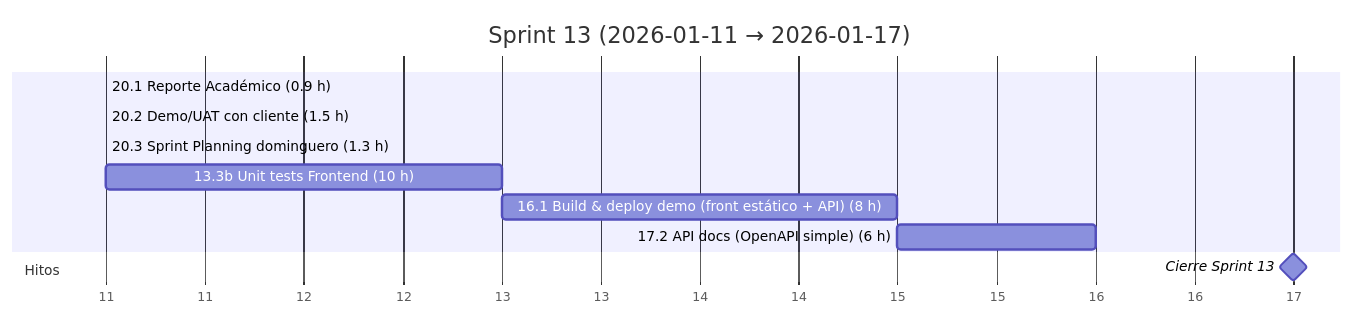
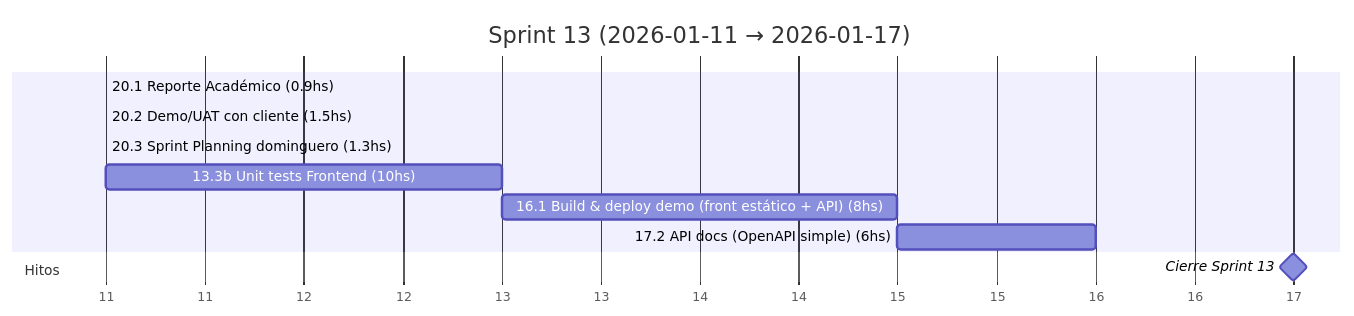
Before and after one commit to MarkMed/FleetMan: diagram 14 of 17 in docs/SprintsGantts.md, drawn with Mermaid. The commit also changed other lines of this file, not shown here.

Commit message:
Update Gantt chart documentation to standardize time format from hours to hours (hs)

````diff
--- a/docs/SprintsGantts.md
+++ b/docs/SprintsGantts.md
@@ -342,18 +341,18 @@
 ```mermaid
 gantt
   title Sprint 13 (2026-01-11 → 2026-01-17)
   dateFormat  YYYY-MM-DD
   axisFormat  %d
 
   %% Asumimos 5 h/día. Horas estimadas incluidas en el nombre.
 
-  20.1 Reporte Académico (0.9 h)               :t201, 2026-01-11, 0.2d
-  20.2 Demo/UAT con cliente (1.5 h)            :t202, after t201, 0.3d
-  20.3 Sprint Planning dominguero (1.3 h)      :t203, after t202, 0.3d
-  13.3b Unit tests Frontend (10 h)             :t133b, after t203, 2d
-  16.1 Build & deploy demo (front estático + API) (8 h) :t161, after t133b, 1.6d
-  17.2 API docs (OpenAPI simple) (6 h)         :t172, after t161, 1.2d
+  20.1 Reporte Académico (0.9hs)               :t201, 2026-01-11, 0.2d
+  20.2 Demo/UAT con cliente (1.5hs)            :t202, after t201, 0.3d
+  20.3 Sprint Planning dominguero (1.3hs)      :t203, after t202, 0.3d
+  13.3b Unit tests Frontend (10hs)             :t133b, after t203, 2d
+  16.1 Build & deploy demo (front estático + API) (8hs) :t161, after t133b, 1.6d
+  17.2 API docs (OpenAPI simple) (6hs)         :t172, after t161, 1.2d
 
   section Hitos
   Cierre Sprint 13                             :milestone, s13, 2026-01-17, 0d
 ```
````
